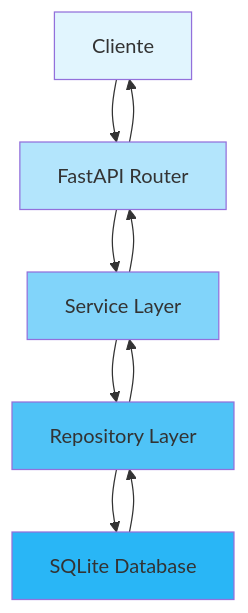
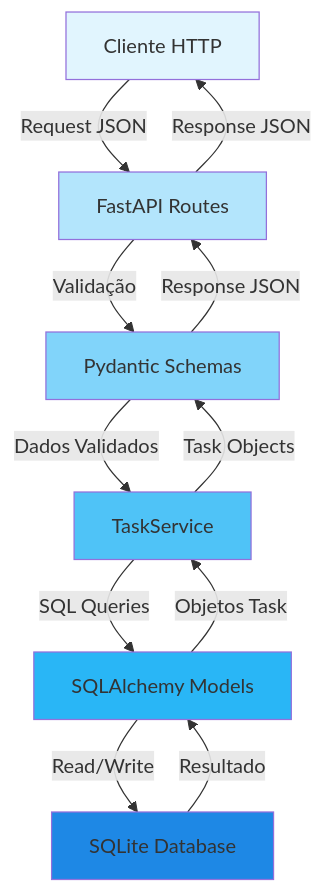
Before and after one commit to aersouza/laboratorio-taskapi: the first of 3 diagrams in docs/diagramas.md, drawn with Mermaid. The commit also changed other lines of this file, not shown here.

Commit message:
docs: revise architecture diagrams to align with project scope and structure

````diff
--- a/docs/diagramas.md
+++ b/docs/diagramas.md
@@ -9,17 +9,20 @@
 ```mermaid
 graph TD
-    A[Cliente] --> B[FastAPI Router]
-    B --> C[Service Layer]
-    C --> D[Repository Layer]
-    D --> E[SQLite Database]
-    E --> D
-    D --> C
-    C --> B
-    B --> A
+    A[Cliente HTTP] -->|Request JSON| B[FastAPI Routes]
+    B -->|Validação| C[Pydantic Schemas]
+    C -->|Dados Validados| D[TaskService]
+    D -->|SQL Queries| E[SQLAlchemy Models]
+    E -->|Read/Write| F[SQLite Database]
+    F -->|Resultado| E
+    E -->|Objetos Task| D
+    D -->|Task Objects| C
+    C -->|Response JSON| B
+    B -->|Response JSON| A
 
     style A fill:#e1f5fe
     style B fill:#b3e5fc
     style C fill:#81d4fa
     style D fill:#4fc3f7
     style E fill:#29b6f6
+    style F fill:#1e88e5
 ```
````
